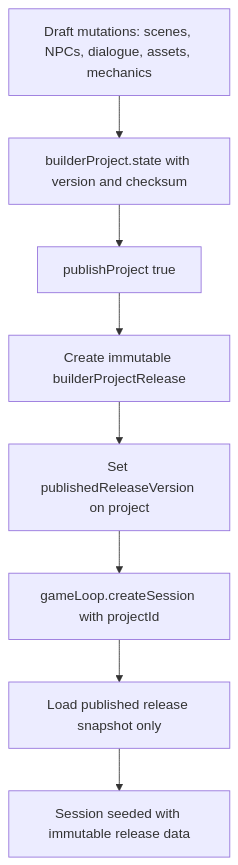
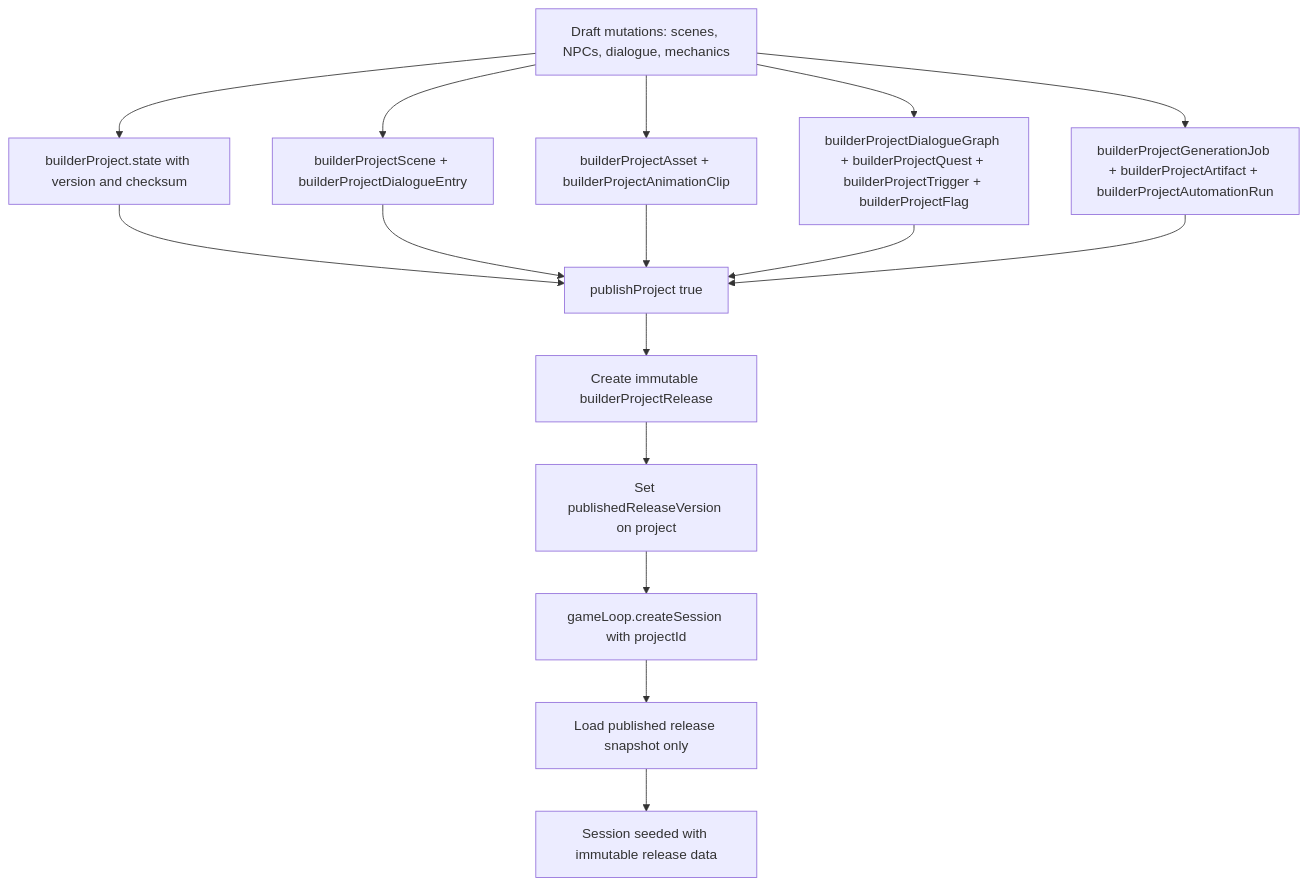
The seventh of 13 diagrams in README.md (d4551/tea), drawn with Mermaid before and after one commit. The commit also changed other lines of this file and 64 other files, not shown here.

Commit message:
docs: align architecture map and readme with domain-driven builder, new Prisma extension models, and lifecycle-managed polling plugins

````diff
--- a/README.md
+++ b/README.md
@@ -340,10 +417,18 @@
 ```mermaid
 flowchart TD
-  A["Draft mutations: scenes, NPCs, dialogue, assets, mechanics"] --> B["builderProject.state with version and checksum"]
-  B --> C["publishProject true"]
-  C --> D["Create immutable builderProjectRelease"]
-  D --> E["Set publishedReleaseVersion on project"]
-  E --> F["gameLoop.createSession with projectId"]
-  F --> G["Load published release snapshot only"]
-  G --> H["Session seeded with immutable release data"]
+  A["Draft mutations: scenes, NPCs, dialogue, mechanics"] --> B["builderProject.state with version and checksum"]
+  A --> C["builderProjectScene + builderProjectDialogueEntry"]
+  A --> D["builderProjectAsset + builderProjectAnimationClip"]
+  A --> E["builderProjectDialogueGraph + builderProjectQuest + builderProjectTrigger + builderProjectFlag"]
+  A --> F["builderProjectGenerationJob + builderProjectArtifact + builderProjectAutomationRun"]
+  B --> G["publishProject true"]
+  C --> G
+  D --> G
+  E --> G
+  F --> G
+  G --> H["Create immutable builderProjectRelease"]
+  H --> I["Set publishedReleaseVersion on project"]
+  I --> J["gameLoop.createSession with projectId"]
+  J --> K["Load published release snapshot only"]
+  K --> L["Session seeded with immutable release data"]
 ```
````
